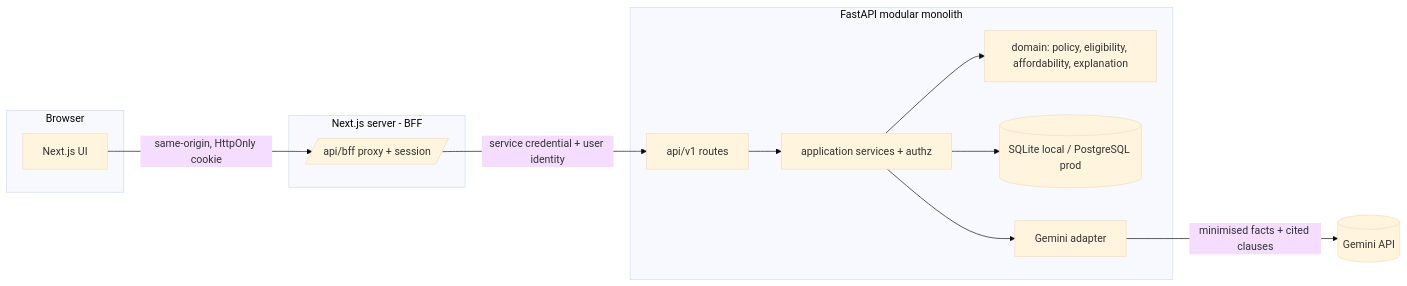
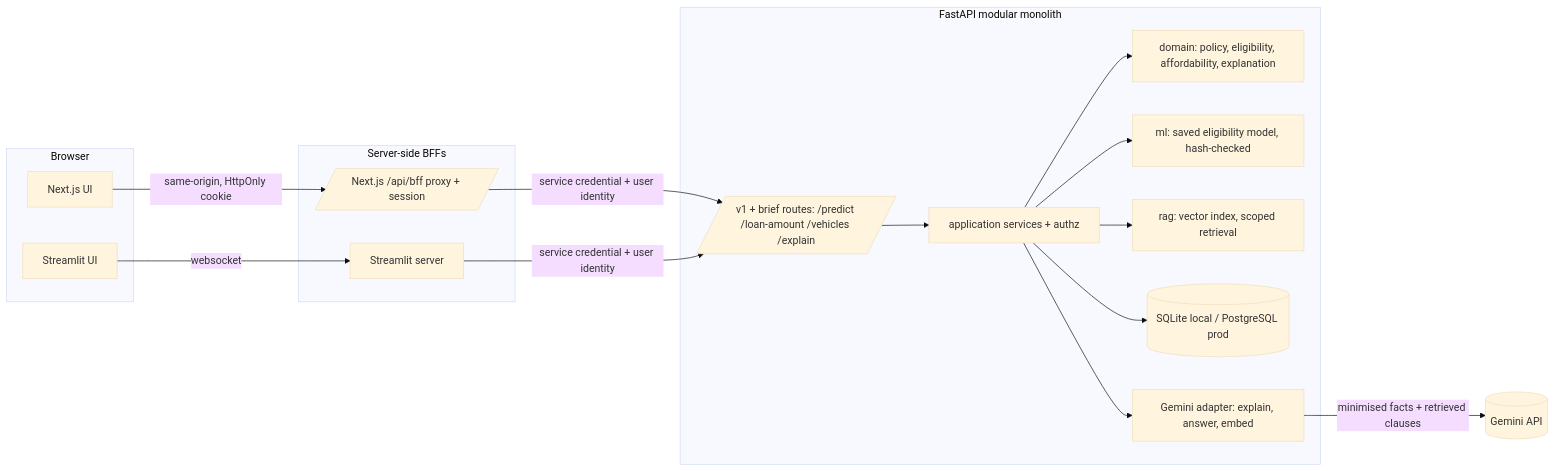
One commit to saravanan-igt/capstone-vehicle-intelligent-system changed the first of 6 diagrams in docs/ARCHITECTURE.md. Above: the diagram before and after it, drawn with Mermaid (base theme). The commit also changed other lines of this file and 111 other files, not shown here.

First line of the commit message:
Close capstone brief gaps: ML eligibility model, RAG, brief endpoints, Streamlit

````diff
--- a/docs/ARCHITECTURE.md
+++ b/docs/ARCHITECTURE.md
@@ -47,17 +50,22 @@
 ```mermaid
 flowchart LR
   subgraph Browser
     UI[Next.js UI]
+    SUI[Streamlit UI]
   end
-  subgraph Web[Next.js server - BFF]
-    BFF[/api/bff proxy + session/]
+  subgraph Web[Server-side BFFs]
+    BFF[/Next.js /api/bff proxy + session/]
+    ST[Streamlit server]
   end
   subgraph API[FastAPI modular monolith]
-    R[api/v1 routes] --> S[application services + authz]
+    R[/v1 + brief routes: /predict /loan-amount /vehicles /explain/] --> S[application services + authz]
     S --> D[domain: policy, eligibility, affordability, explanation]
+    S --> M[ml: saved eligibility model, hash-checked]
+    S --> K[rag: vector index, scoped retrieval]
     S --> DB[(SQLite local / PostgreSQL prod)]
-    S --> G[Gemini adapter]
+    S --> G[Gemini adapter: explain, answer, embed]
   end
   UI -- same-origin, HttpOnly cookie --> BFF -- service credential + user identity --> R
-  G -- minimised facts + cited clauses --> Gemini[(Gemini API)]
+  SUI -- websocket --> ST -- service credential + user identity --> R
+  G -- minimised facts + retrieved clauses --> Gemini[(Gemini API)]
 ```
````
